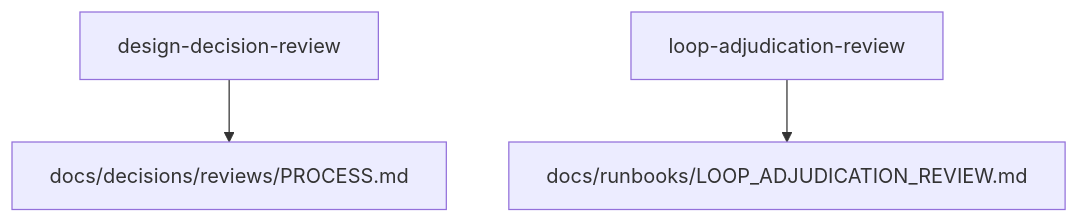
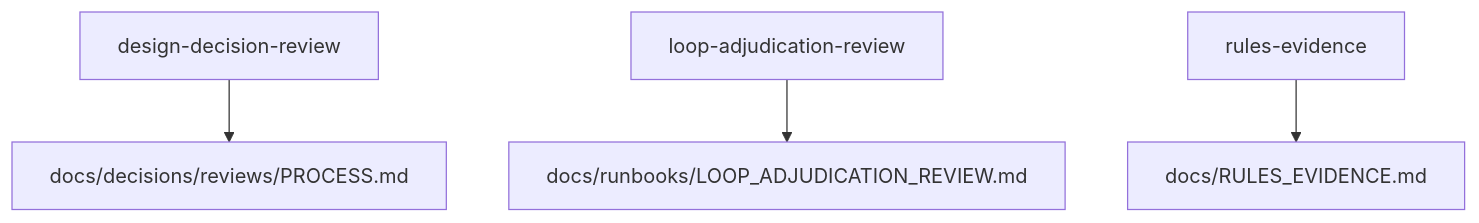
Before and after one commit to witzbeck/mtg-loop-engine: the diagram in .agents/skills/README.md, drawn with Mermaid. The commit also changed other lines of this file and 13 other files, not shown here.

First line of the commit message:
Add rules-evidence rails for deliberate physics growth. (#33)

````diff
--- a/.agents/skills/README.md
+++ b/.agents/skills/README.md
@@ -9,5 +9,6 @@
 ```mermaid
 graph TB;
   ddr[design-decision-review] --> process[docs/decisions/reviews/PROCESS.md];
   lar[loop-adjudication-review] --> runbook[docs/runbooks/LOOP_ADJUDICATION_REVIEW.md];
+  re[rules-evidence] --> rulesDoc[docs/RULES_EVIDENCE.md];
 ```
````
